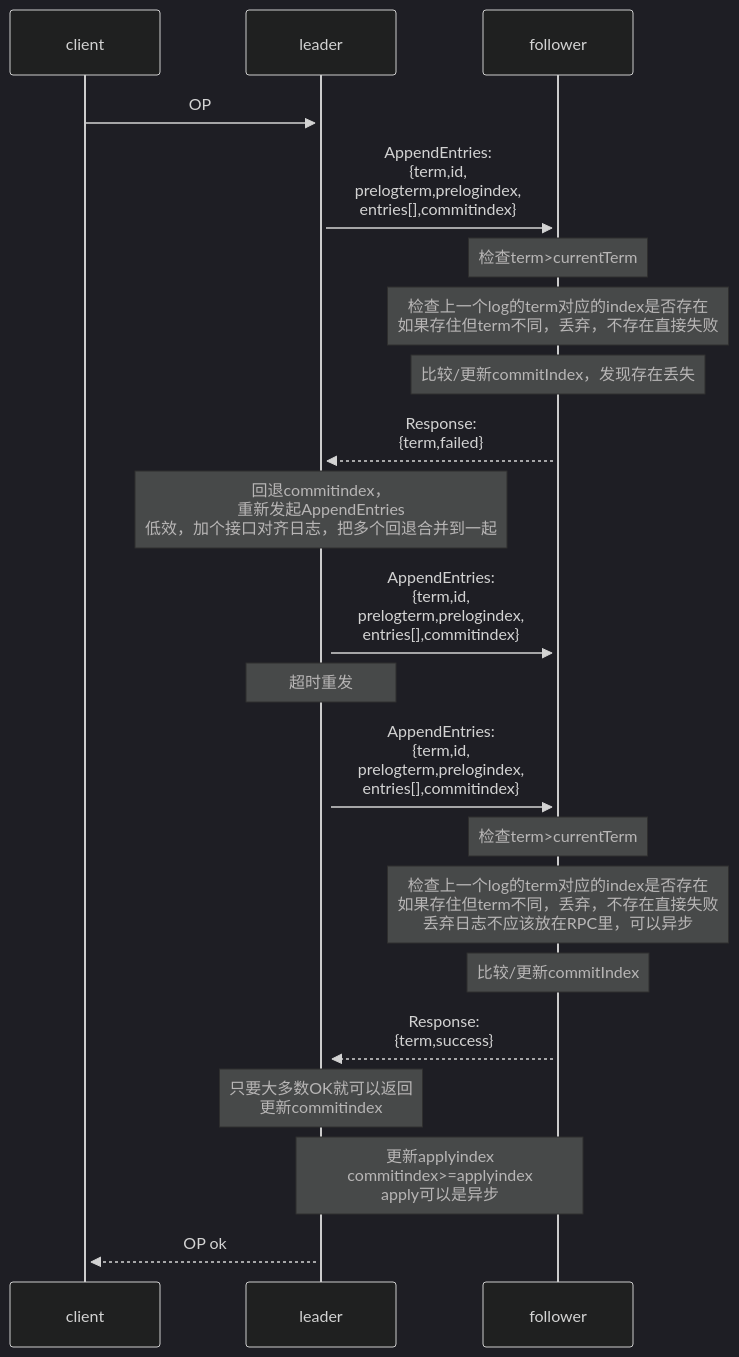
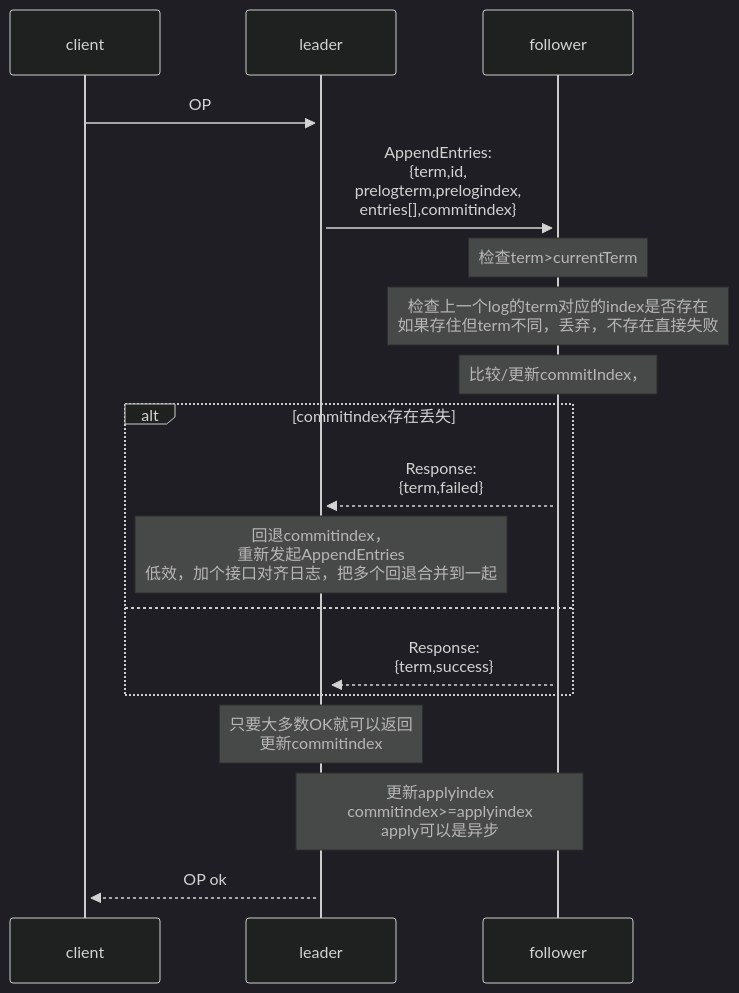
The diagram in _posts/mmd/raft-AppendEntries.mmd (wanghenshui/wanghenshui.github.io), drawn with Mermaid (dark theme) before and after one commit. The commit also changed 4 other files, not shown here.

```diff
--- a/_posts/mmd/raft-AppendEntries.mmd
+++ b/_posts/mmd/raft-AppendEntries.mmd
@@ -1,18 +1,15 @@
 sequenceDiagram
     client->>+leader: OP
     leader->>+follower: AppendEntries:<br>{term,id,<br>prelogterm,prelogindex,<br>entries[],commitindex}
     Note over follower: 检查term>currentTerm
     Note over follower: 检查上一个log的term对应的index是否存在<br>如果存住但term不同，丢弃，不存在直接失败
-    Note over follower: 比较/更新commitIndex，发现存在丢失
-    follower-->>+leader: Response:<br>{term,failed}
-    Note over leader: 回退commitindex，<br>重新发起AppendEntries<br>低效，加个接口对齐日志，把多个回退合并到一起
-    leader->>+follower: AppendEntries:<br>{term,id,<br>prelogterm,prelogindex,<br>entries[],commitindex}
-    Note over leader: 超时重发
-    leader->>+follower: AppendEntries:<br>{term,id,<br>prelogterm,prelogindex,<br>entries[],commitindex}
-    Note over follower: 检查term>currentTerm
-    Note over follower: 检查上一个log的term对应的index是否存在<br>如果存住但term不同，丢弃，不存在直接失败<br> 丢弃日志不应该放在RPC里，可以异步
-    Note over follower: 比较/更新commitIndex
-    follower-->>+leader: Response:<br>{term,success}
+    Note over follower: 比较/更新commitIndex，
+    alt commitindex存在丢失
+        follower-->>+leader: Response:<br>{term,failed}
+        Note over leader: 回退commitindex，<br>重新发起AppendEntries<br>低效，加个接口对齐日志，把多个回退合并到一起
+    else
+        follower-->>+leader: Response:<br>{term,success}
+    end
     Note over leader: 只要大多数OK就可以返回<br>更新commitindex
     Note over leader,follower: 更新applyindex<br>commitindex>=applyindex<br>apply可以是异步
     leader-->>+client: OP ok
```
